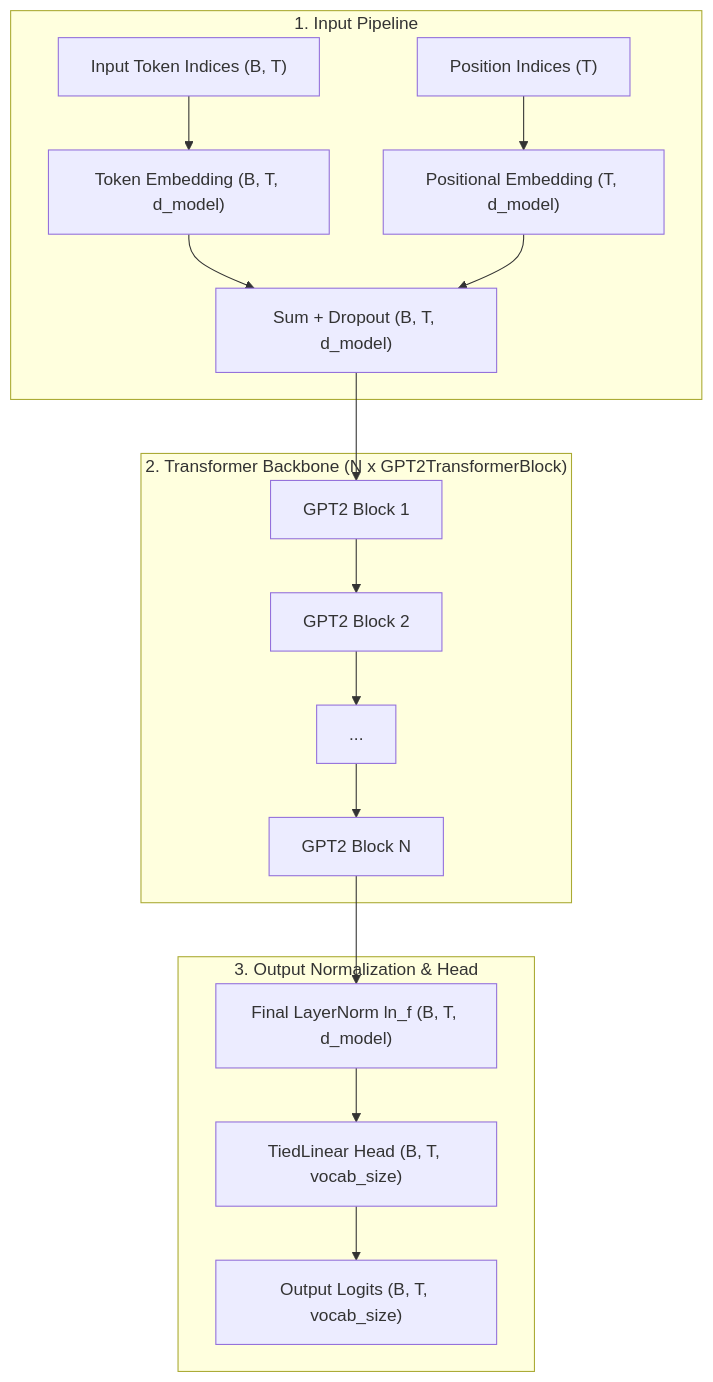
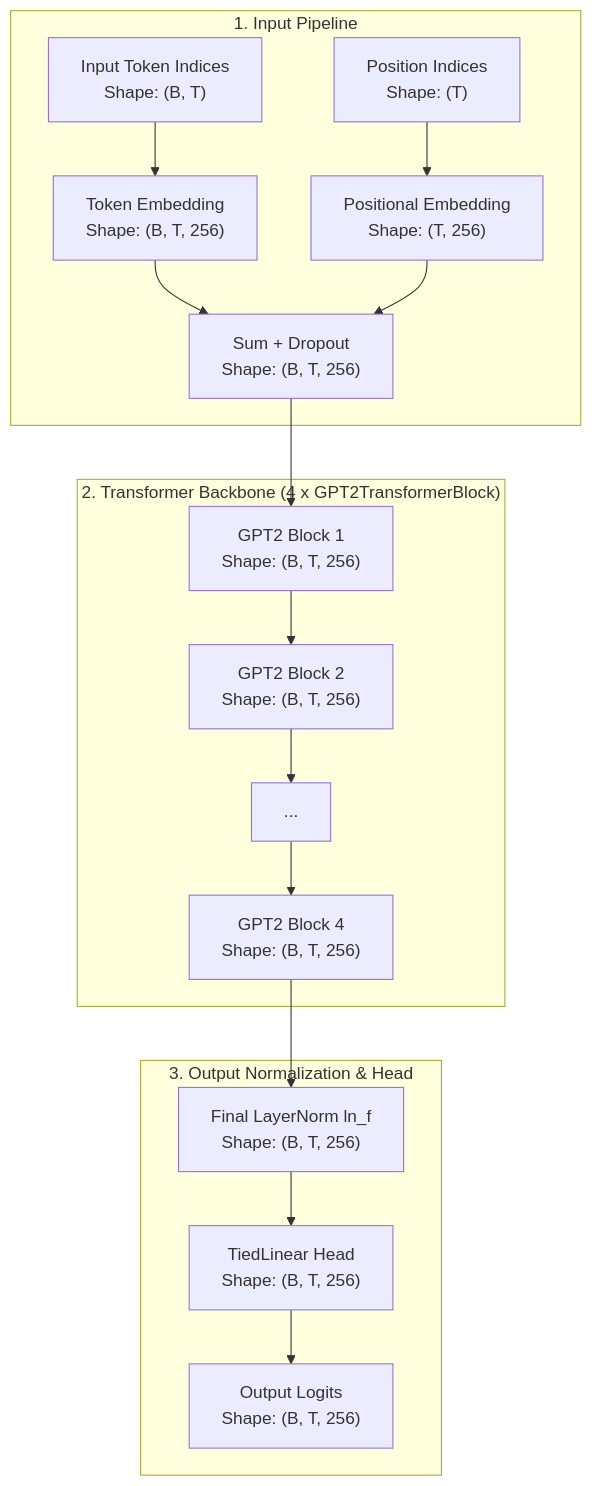
One commit to Ritvik19/NNFS changed the first of 2 diagrams in docs/models/gpt2.md. Above: the diagram before and after it, drawn with Mermaid. The commit also changed other lines of this file and 11 other files, not shown here.

Commit message:
refactor: overhaul model documentation with architecture diagrams and update model implementations

````diff
--- a/docs/models/gpt2.md
+++ b/docs/models/gpt2.md
@@ -25,28 +25,28 @@
 ```mermaid
 flowchart TD
     subgraph Input ["1. Input Pipeline"]
-        TokenIDs["Input Token Indices (B, T)"]
-        PosIDs["Position Indices (T)"]
-        TokEmb["Token Embedding (B, T, d_model)"]
-        PosEmb["Positional Embedding (T, d_model)"]
-        SumEmb["Sum + Dropout (B, T, d_model)"]
+        TokenIDs["Input Token Indices<br/>Shape: (B, T)"]
+        PosIDs["Position Indices<br/>Shape: (T)"]
+        TokEmb["Token Embedding<br/>Shape: (B, T, 256)"]
+        PosEmb["Positional Embedding<br/>Shape: (T, 256)"]
+        SumEmb["Sum + Dropout<br/>Shape: (B, T, 256)"]
         
         TokenIDs --> TokEmb
         PosIDs --> PosEmb
         TokEmb --> SumEmb
         PosEmb --> SumEmb
     end
 
-    subgraph Blocks ["2. Transformer Backbone (N x GPT2TransformerBlock)"]
-        SumEmb --> Block1["GPT2 Block 1"]
-        Block1 --> Block2["GPT2 Block 2"]
+    subgraph Blocks ["2. Transformer Backbone (4 x GPT2TransformerBlock)"]
+        SumEmb --> Block1["GPT2 Block 1<br/>Shape: (B, T, 256)"]
+        Block1 --> Block2["GPT2 Block 2<br/>Shape: (B, T, 256)"]
         Block2 --> Dots["..."]
-        Dots --> BlockN["GPT2 Block N"]
+        Dots --> Block4["GPT2 Block 4<br/>Shape: (B, T, 256)"]
     end
 
     subgraph Head ["3. Output Normalization & Head"]
-        BlockN --> LNF["Final LayerNorm ln_f (B, T, d_model)"]
-        LNF --> LMHead["TiedLinear Head (B, T, vocab_size)"]
-        LMHead --> Logits["Output Logits (B, T, vocab_size)"]
+        Block4 --> LNF["Final LayerNorm ln_f<br/>Shape: (B, T, 256)"]
+        LNF --> LMHead["TiedLinear Head<br/>Shape: (B, T, 256)"]
+        LMHead --> Logits["Output Logits<br/>Shape: (B, T, 256)"]
     end
 ```
````
